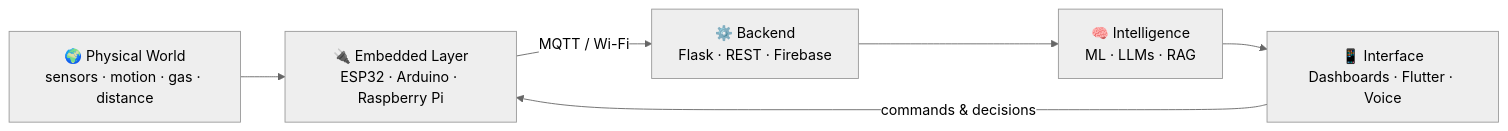
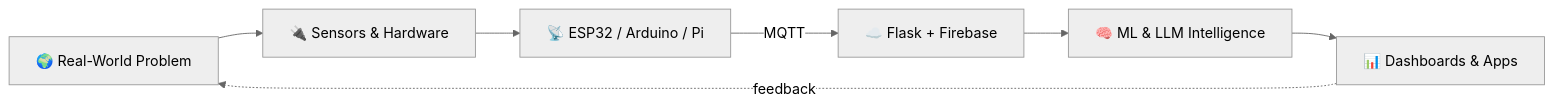
The diagram in README.md (Misbah81/Misbah81), drawn with Mermaid (neutral theme) before and after one commit. The commit also changed other lines of this file, not shown here.

````diff
--- a/README.md
+++ b/README.md
@@ -119,8 +152,9 @@
 ```mermaid
 flowchart LR
-    A["🌍 Physical World<br/>sensors · motion · gas · distance"] --> B["🔌 Embedded Layer<br/>ESP32 · Arduino · Raspberry Pi"]
-    B -->|MQTT / Wi-Fi| C["⚙️ Backend<br/>Flask · REST · Firebase"]
-    C --> D["🧠 Intelligence<br/>ML · LLMs · RAG"]
-    D --> E["📱 Interface<br/>Dashboards · Flutter · Voice"]
-    E -->|"commands & decisions"| B
+    A[🌍 Real-World Problem] --> B[🔌 Sensors & Hardware]
+    B --> C[📡 ESP32 / Arduino / Pi]
+    C -->|MQTT| D[☁️ Flask + Firebase]
+    D --> E[🧠 ML & LLM Intelligence]
+    E --> F[📊 Dashboards & Apps]
+    F -.->|feedback| A
 ```
````
